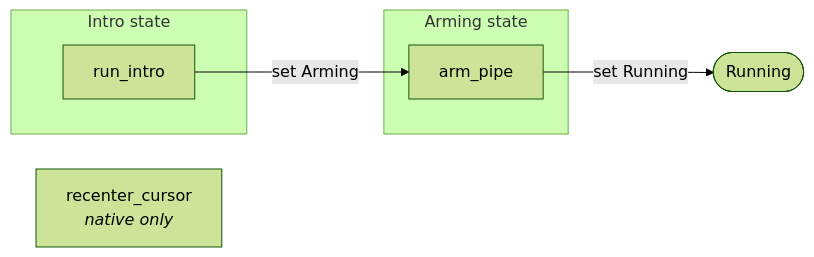
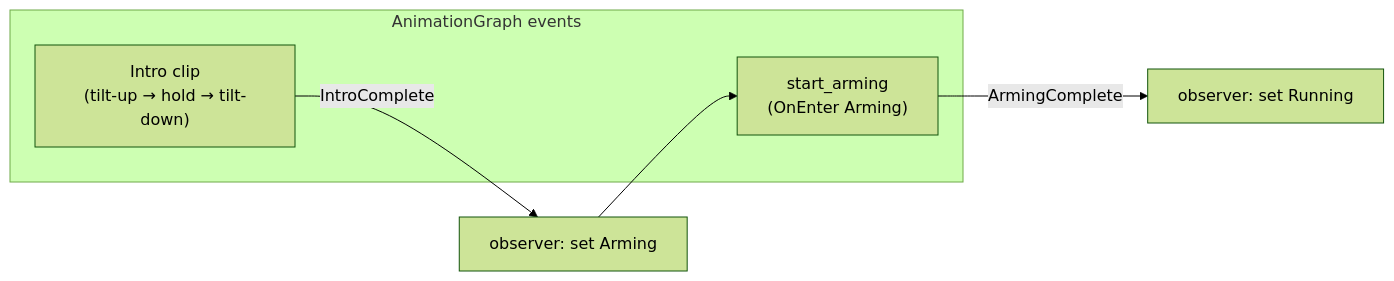
The second of 3 diagrams in README.md (dynnamitt/hex-terrain), drawn with Mermaid (forest theme) before and after one commit. The commit also changed other lines of this file and 1 other file, not shown here.

First line of the commit message:
Update README: SVG preview image, fix mermaid charts

````diff
--- a/README.md
+++ b/README.md
@@ -42,15 +35,12 @@
 ```mermaid
 graph LR
-    run_intro -- "set Arming" --> arm_pipe
-    arm_pipe -- "set Running" --> done([Running])
+    intro_clip["Intro clip<br/>(tilt-up → hold → tilt-down)"]
+    intro_clip -- IntroComplete --> set_arming["observer: set Arming"]
+    set_arming --> start_arming["start_arming<br/>(OnEnter Arming)"]
+    start_arming -- ArmingComplete --> set_running["observer: set Running"]
 
-    subgraph "Intro state"
-        run_intro
+    subgraph "AnimationGraph events"
+        intro_clip
+        start_arming
     end
-
-    subgraph "Arming state"
-        arm_pipe
-    end
-
-    recenter_cursor[recenter_cursor<br/><i>native only</i>]
 ```
````
